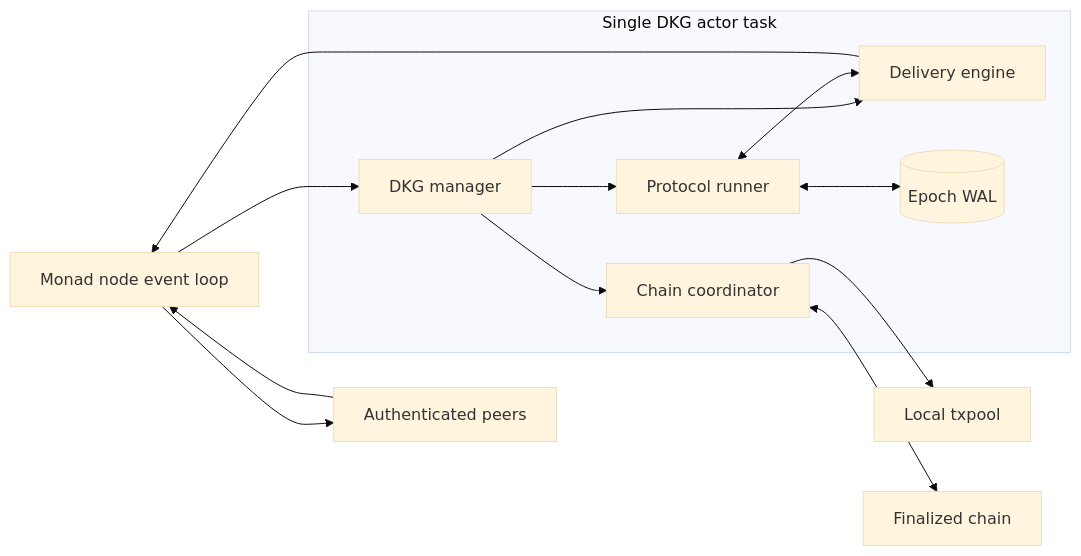
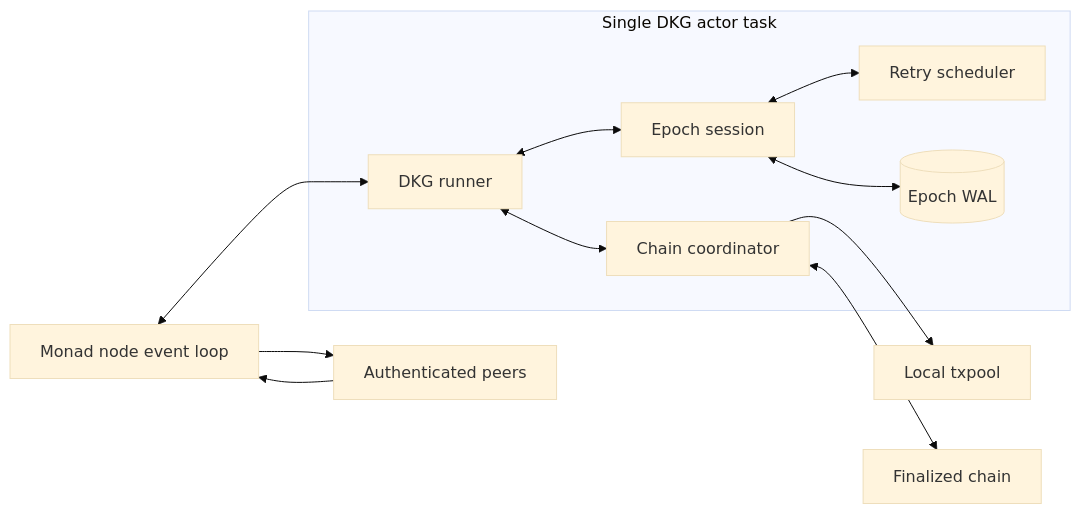
The first of 5 diagrams in SUMMARY.md (dshulyak/monad-bft), drawn with Mermaid (base theme) before and after one commit. The commit also changed other lines of this file and 15 other files, not shown here.

Commit message:
refactor(dkg): simplify runner and submission flow

````diff
--- a/SUMMARY.md
+++ b/SUMMARY.md
@@ -10,27 +10,25 @@
 ```mermaid
 flowchart LR
     H[Monad node event loop]
     P[Authenticated peers]
     T[Local txpool]
     B[Finalized chain]
 
     subgraph A[Single DKG actor task]
-        M[DKG manager]
-        D[Protocol runner]
-        N[Delivery engine]
+        M[DKG runner]
+        D[Epoch session]
+        N[Retry scheduler]
         C[Chain coordinator]
         W[(Epoch WAL)]
-        M --> D
-        M --> N
-        M --> C
+        M <--> D
+        M <--> C
         D <--> N
         D <--> W
     end
 
-    H --> M
+    H <--> M
     P --> H
-    N --> H
     H --> P
     C --> T
     C <--> B
 ```
````
